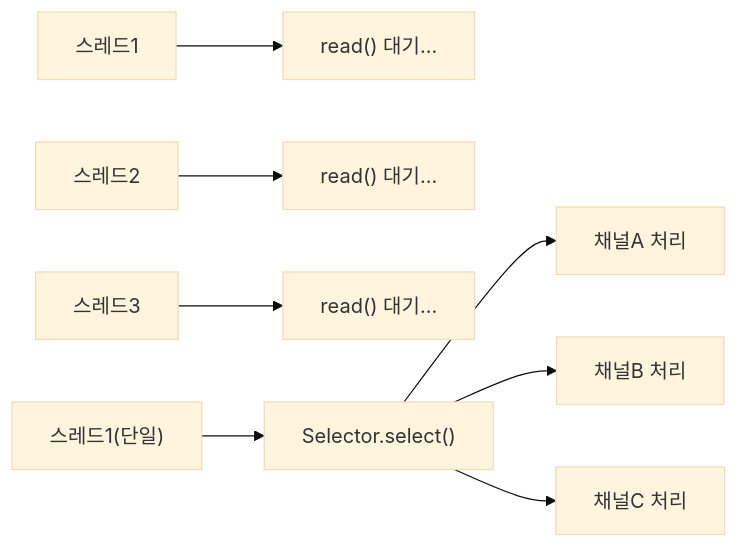
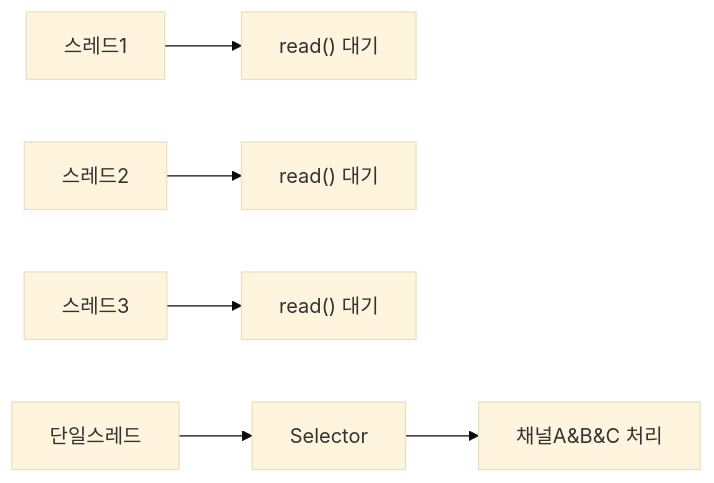
One commit to yjkim2015/yjkim2015.github.io changed the fourth of 5 diagrams in _posts/java/2026-05-01-java-network.md. Above: the diagram before and after it, drawn with Mermaid (base theme). The commit also changed 48 other files, not shown here.

First line of the commit message:
Mermaid 최종 47건 수정: participant/노드/줄수/라벨 전부 기준 이하

````diff
--- a/_posts/java/2026-05-01-java-network.md
+++ b/_posts/java/2026-05-01-java-network.md
@@ -521,10 +521,8 @@
 ```mermaid
 graph LR
-    A["스레드1"] --> A1["read() 대기..."]
-    B["스레드2"] --> B1["read() 대기..."]
-    C["스레드3"] --> C1["read() 대기..."]
-    D["스레드1(단일)"] --> E["Selector.select()"]
-    E --> F["채널A 처리"]
-    E --> G["채널B 처리"]
-    E --> H["채널C 처리"]
+    A["스레드1"] --> A1["read() 대기"]
+    B["스레드2"] --> B1["read() 대기"]
+    C["스레드3"] --> C1["read() 대기"]
+    D["단일스레드"] --> E["Selector"]
+    E --> F["채널A&B&C 처리"]
 ```
````
